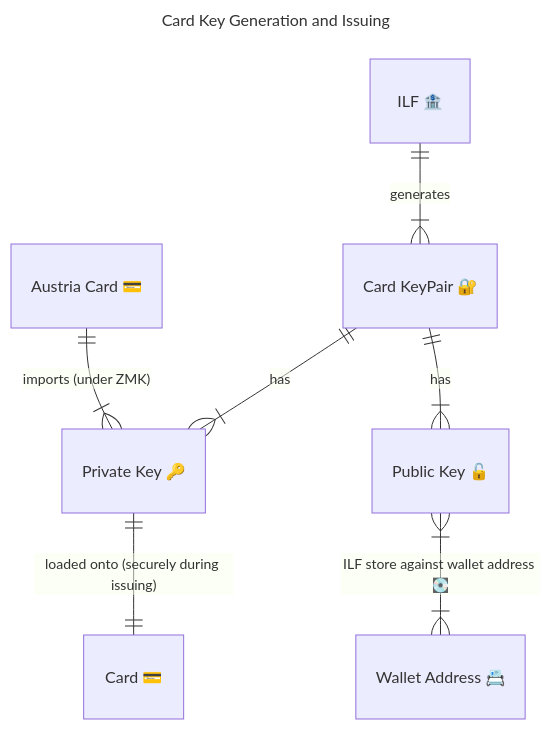
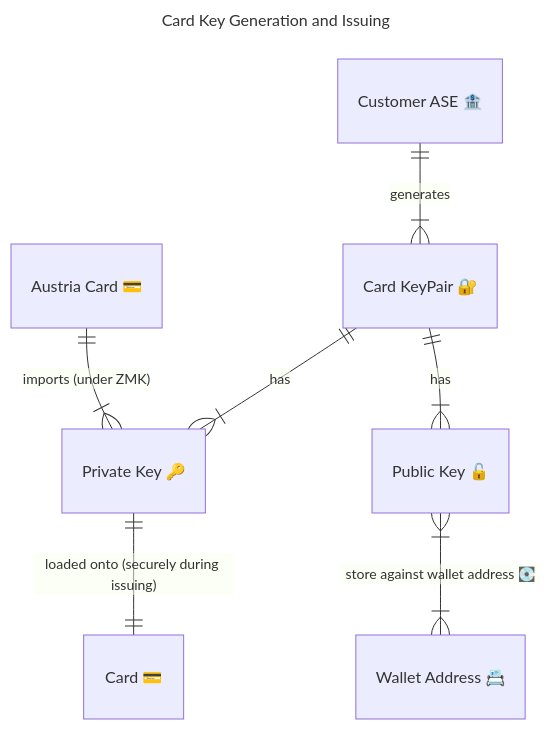
The fifth of 6 diagrams in test/hsm-emulator/README.md (interledger/rafiki), drawn with Mermaid before and after one commit. The commit also changed other lines of this file and 14 other files, not shown here.

````diff
--- a/test/hsm-emulator/README.md
+++ b/test/hsm-emulator/README.md
@@ -90,14 +110,14 @@
 ```mermaid
 ---
 title: Card Key Generation and Issuing
 ---
 erDiagram
-    "ILF 🏦" ||--}| "Card KeyPair 🔐" : "generates"
+    "Customer ASE 🏦" ||--}| "Card KeyPair 🔐" : "generates"
     "Card KeyPair 🔐" ||--}| "Private Key 🔑" : "has"
     "Card KeyPair 🔐" ||--}| "Public Key 🔓" : "has"
-    "Public Key 🔓" |{--}| "Wallet Address 📇" : "ILF store against wallet address 💽"
+    "Public Key 🔓" |{--}| "Wallet Address 📇" : "store against wallet address 💽"
 
     "Austria Card 💳" ||--}| "Private Key 🔑" : "imports (under ZMK)"
 
     "Private Key 🔑" ||--|| "Card 💳" : "loaded onto (securely during issuing)"
 ```
````
